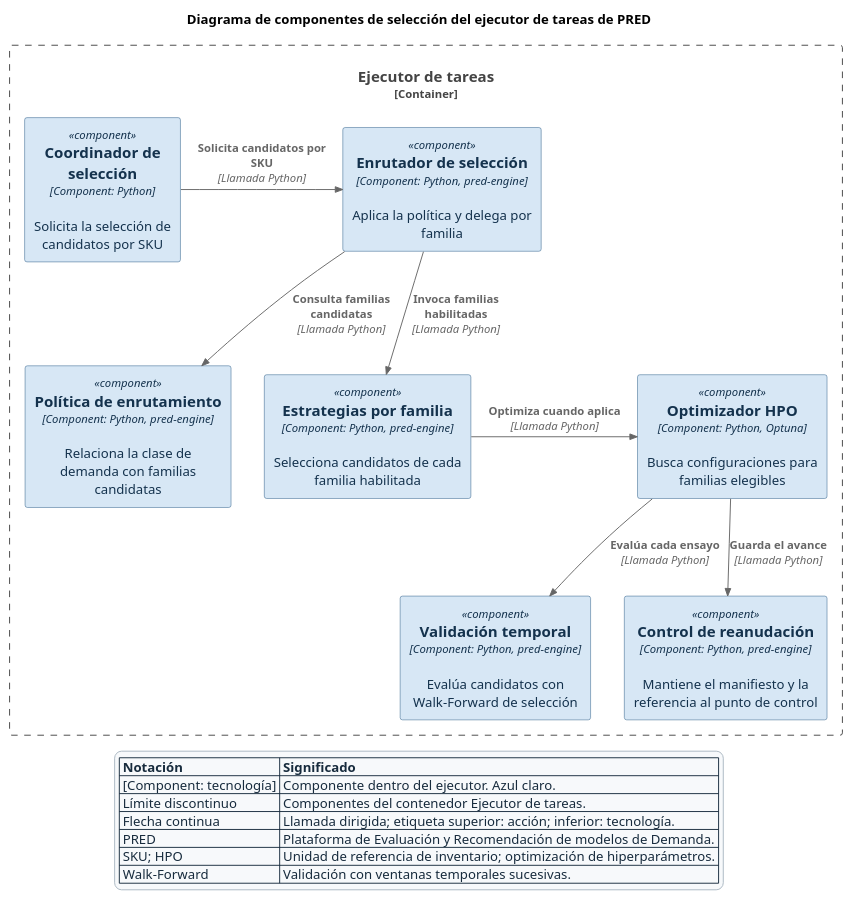
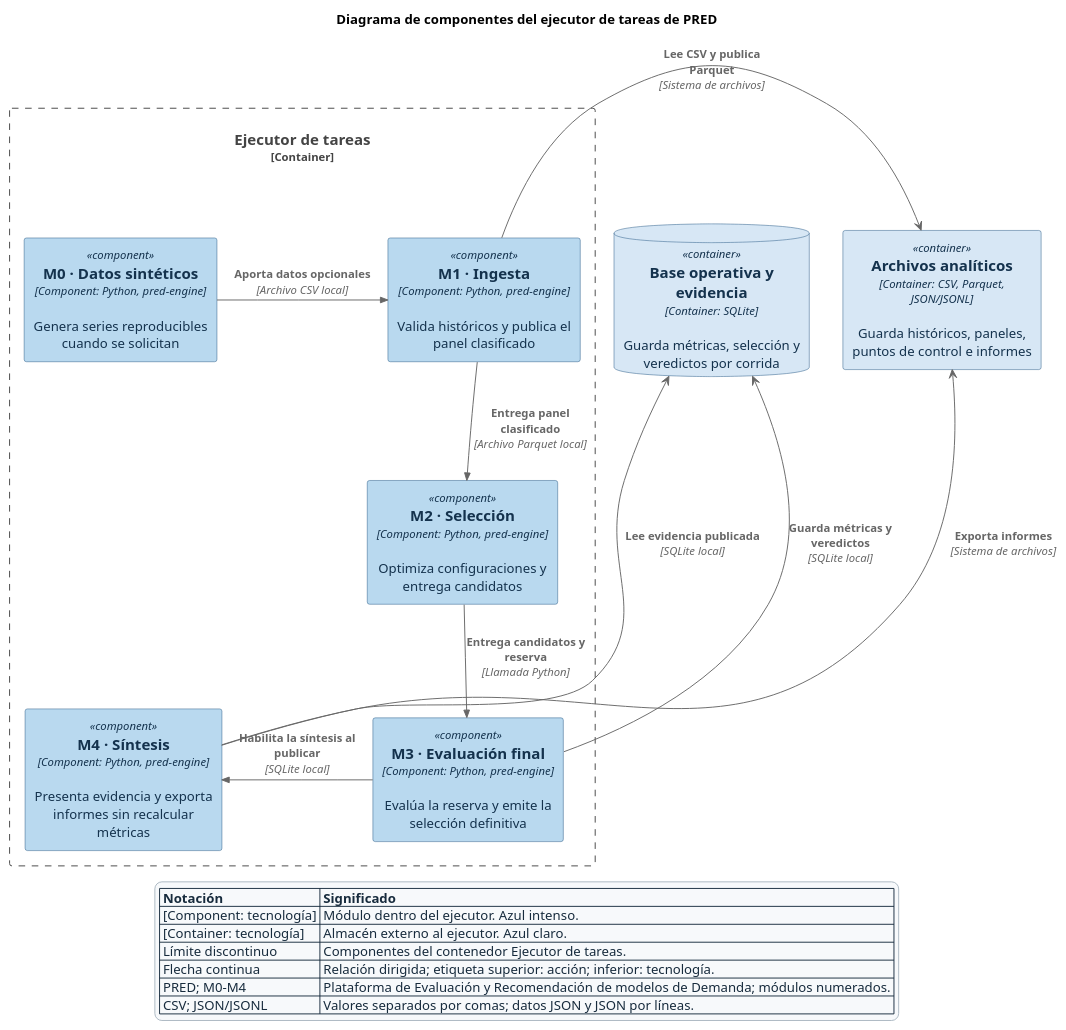
One commit to pred-javeriana/pred-docs changed the diagram in memoria/tesis/img/architecture/diag_componentes.puml. Above: the diagram before and after it, drawn with PlantUML. The commit also changed 7 other files, not shown here.

Commit message:
docs: Ampliar diagramas C4 al diseño objetivo

```diff
--- a/memoria/tesis/img/architecture/diag_componentes.puml
+++ b/memoria/tesis/img/architecture/diag_componentes.puml
@@ -1,42 +1,42 @@
 @startuml
 !include <c4/C4_Component>
 LAYOUT_TOP_DOWN()
-UpdateElementStyle("component", $bgColor="#d7e7f5", $fontColor="#14324d", $borderColor="#225580")
+UpdateElementStyle("component", $bgColor="#b9d9ef", $fontColor="#14324d", $borderColor="#225580")
+UpdateElementStyle("container", $bgColor="#d7e7f5", $fontColor="#14324d", $borderColor="#225580")
 skinparam backgroundColor white
 skinparam shadowing false
 skinparam legendFontColor #172b3d
 skinparam legendFontSize 14
 skinparam legendBackgroundColor #f7f9fb
 skinparam legendBorderColor #aab7c2
-title Diagrama de componentes de selección del ejecutor de tareas de PRED
+title Diagrama de componentes del ejecutor de tareas de PRED
 
 Container_Boundary(ejecutor, "Ejecutor de tareas") {
-    Component(coordinador, "Coordinador de selección", "Component: Python", "Solicita la selección de candidatos por SKU")
-    Component(router, "Enrutador de selección", "Component: Python, pred-engine", "Aplica la política y delega por familia")
-    Component(politica, "Política de enrutamiento", "Component: Python, pred-engine", "Relaciona la clase de demanda con familias candidatas")
-    Component(estrategias, "Estrategias por familia", "Component: Python, pred-engine", "Selecciona candidatos de cada familia habilitada")
-    Component(hpo, "Optimizador HPO", "Component: Python, Optuna", "Busca configuraciones para familias elegibles")
-    Component(validacion, "Validación temporal", "Component: Python, pred-engine", "Evalúa candidatos con Walk-Forward de selección")
-    Component(reanudacion, "Control de reanudación", "Component: Python, pred-engine", "Mantiene el manifiesto y la referencia al punto de control")
+    Component(m0, "M0 · Datos sintéticos", "Component: Python, pred-engine", "Genera series reproducibles cuando se solicitan")
+    Component(m1, "M1 · Ingesta", "Component: Python, pred-engine", "Valida históricos y publica el panel clasificado")
+    Component(m2, "M2 · Selección", "Component: Python, pred-engine", "Optimiza configuraciones y entrega candidatos")
+    Component(m3, "M3 · Evaluación final", "Component: Python, pred-engine", "Evalúa la reserva y emite la selección definitiva")
+    Component(m4, "M4 · Síntesis", "Component: Python, pred-engine", "Presenta evidencia y exporta informes sin recalcular métricas")
 }
+ContainerDb(base, "Base operativa y evidencia", "Container: SQLite", "Guarda métricas, selección y veredictos por corrida")
+Container(archivos, "Archivos analíticos", "Container: CSV, Parquet, JSON/JSONL", "Guarda históricos, paneles, puntos de control e informes")
 
-Rel_R(coordinador, router, "Solicita candidatos por SKU", "Llamada Python")
-Rel_D(router, politica, "Consulta familias candidatas", "Llamada Python")
-Rel_D(router, estrategias, "Invoca familias habilitadas", "Llamada Python")
-Rel_R(estrategias, hpo, "Optimiza cuando aplica", "Llamada Python")
-Rel_D(hpo, validacion, "Evalúa cada ensayo", "Llamada Python")
-Rel_D(hpo, reanudacion, "Guarda el avance", "Llamada Python")
-Lay_R(politica, estrategias)
-Lay_R(estrategias, hpo)
-Lay_R(validacion, reanudacion)
+Rel_R(m0, m1, "Aporta datos opcionales", "Archivo CSV local")
+Rel_D(m1, m2, "Entrega panel clasificado", "Archivo Parquet local")
+Rel_D(m2, m3, "Entrega candidatos y reserva", "Llamada Python")
+Rel_L(m3, m4, "Habilita la síntesis al publicar", "SQLite local")
+m1 -[norank]-> archivos : <b>Lee CSV y publica Parquet</b>\n<i>[Sistema de archivos]</i>
+m3 -[norank]-> base : <b>Guarda métricas y veredictos</b>\n<i>[SQLite local]</i>
+m4 -[norank]-> base : <b>Lee evidencia publicada</b>\n<i>[SQLite local]</i>
+m4 -[norank]-> archivos : <b>Exporta informes</b>\n<i>[Sistema de archivos]</i>
 
 legend bottom
 |= Notación |= Significado |
-| [Component: tecnología] | Componente dentro del ejecutor. Azul claro. |
+| [Component: tecnología] | Módulo dentro del ejecutor. Azul intenso. |
+| [Container: tecnología] | Almacén externo al ejecutor. Azul claro. |
 | Límite discontinuo | Componentes del contenedor Ejecutor de tareas. |
-| Flecha continua | Llamada dirigida; etiqueta superior: acción; inferior: tecnología. |
-| PRED | Plataforma de Evaluación y Recomendación de modelos de Demanda. |
-| SKU; HPO | Unidad de referencia de inventario; optimización de hiperparámetros. |
-| Walk-Forward | Validación con ventanas temporales sucesivas. |
+| Flecha continua | Relación dirigida; etiqueta superior: acción; inferior: tecnología. |
+| PRED; M0-M4 | Plataforma de Evaluación y Recomendación de modelos de Demanda; módulos numerados. |
+| CSV; JSON/JSONL | Valores separados por comas; datos JSON y JSON por líneas. |
 endlegend
 @enduml
```
